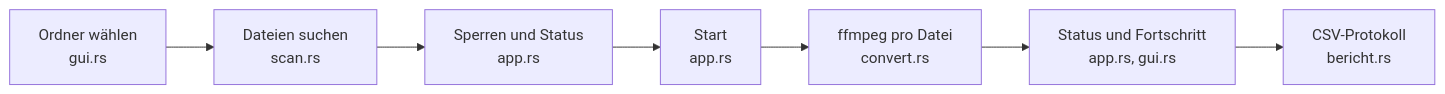
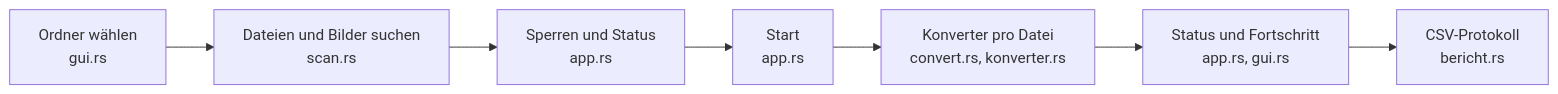
One commit to Senci/audio-konverter changed the first of 3 diagrams in wiki/funktionen.md. Above: the diagram before and after it, drawn with Mermaid. The commit also changed other lines of this file and 7 other files, not shown here.

````diff
--- a/wiki/funktionen.md
+++ b/wiki/funktionen.md
@@ -15,4 +18,4 @@
 ```mermaid
 flowchart LR
-    A["Ordner wählen<br/>gui.rs"] --> B["Dateien suchen<br/>scan.rs"] --> C["Sperren und Status<br/>app.rs"] --> D["Start<br/>app.rs"] --> E["ffmpeg pro Datei<br/>convert.rs"] --> F["Status und Fortschritt<br/>app.rs, gui.rs"] --> G["CSV-Protokoll<br/>bericht.rs"]
+    A["Ordner wählen<br/>gui.rs"] --> B["Dateien und Bilder suchen<br/>scan.rs"] --> C["Sperren und Status<br/>app.rs"] --> D["Start<br/>app.rs"] --> E["Konverter pro Datei<br/>convert.rs, konverter.rs"] --> F["Status und Fortschritt<br/>app.rs, gui.rs"] --> G["CSV-Protokoll<br/>bericht.rs"]
 ```
````
